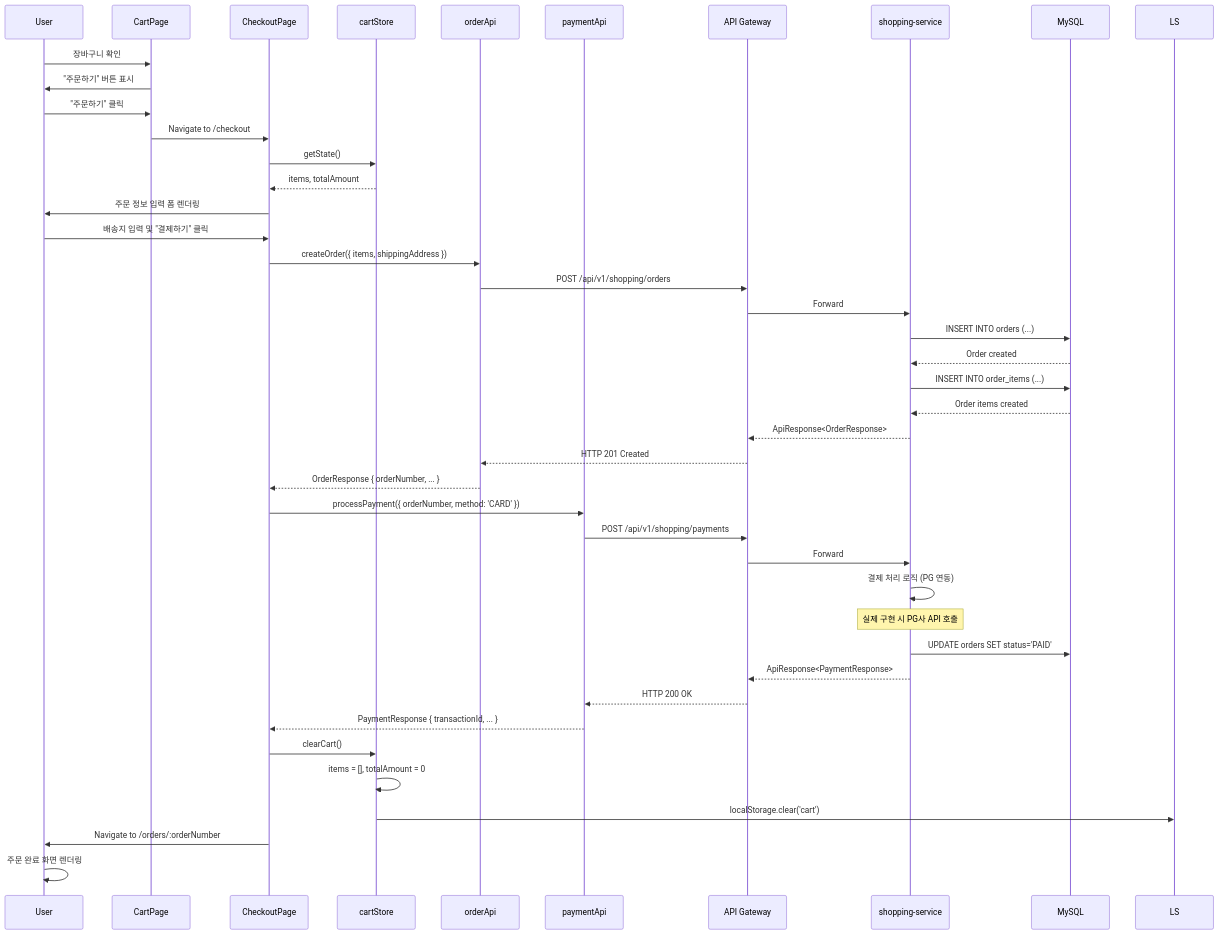
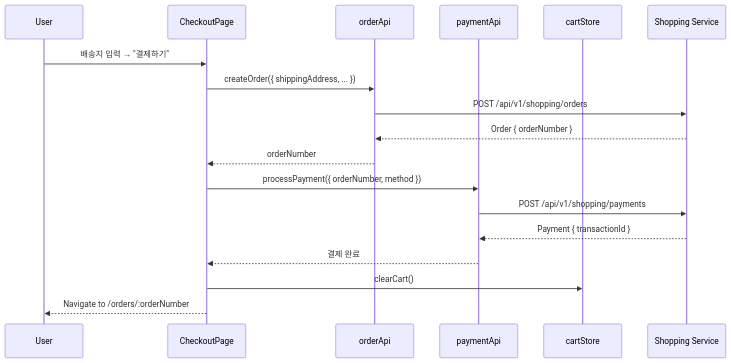
Before and after one commit to L-a-z-e/portal-universe: the fourth of 7 diagrams in docs/architecture/shopping-frontend/data-flow.md, drawn with Mermaid. The commit also changed other lines of this file and 4 other files, not shown here.

First line of the commit message:
docs(architecture): rewrite shopping-frontend docs to match actual codebase

````diff
--- a/docs/architecture/shopping-frontend/data-flow.md
+++ b/docs/architecture/shopping-frontend/data-flow.md
@@ -248,50 +285,23 @@
 ```mermaid
 sequenceDiagram
     participant U as User
-    participant CP as CartPage
-    participant CHP as CheckoutPage
-    participant CS as cartStore
+    participant CK as CheckoutPage
     participant OA as orderApi
     participant PA as paymentApi
-    participant G as API Gateway
-    participant S as shopping-service
-    participant D as MySQL
+    participant CS as cartStore
+    participant SS as Shopping Service
 
-    U->>CP: 장바구니 확인
-    CP->>U: "주문하기" 버튼 표시
-    U->>CP: "주문하기" 클릭
-    CP->>CHP: Navigate to /checkout
+    U->>CK: 배송지 입력 → "결제하기"
+    CK->>OA: createOrder({ shippingAddress, ... })
+    OA->>SS: POST /api/v1/shopping/orders
+    SS-->>OA: Order { orderNumber }
+    OA-->>CK: orderNumber
 
-    CHP->>CS: getState()
-    CS-->>CHP: items, totalAmount
-    CHP->>U: 주문 정보 입력 폼 렌더링
+    CK->>PA: processPayment({ orderNumber, method })
+    PA->>SS: POST /api/v1/shopping/payments
+    SS-->>PA: Payment { transactionId }
+    PA-->>CK: 결제 완료
 
-    U->>CHP: 배송지 입력 및 "결제하기" 클릭
-    CHP->>OA: createOrder({ items, shippingAddress })
-    OA->>G: POST /api/v1/shopping/orders
-    G->>S: Forward
-    S->>D: INSERT INTO orders (...)
-    D-->>S: Order created
-    S->>D: INSERT INTO order_items (...)
-    D-->>S: Order items created
-    S-->>G: ApiResponse<OrderResponse>
-    G-->>OA: HTTP 201 Created
-    OA-->>CHP: OrderResponse { orderNumber, ... }
-
-    CHP->>PA: processPayment({ orderNumber, method: 'CARD' })
-    PA->>G: POST /api/v1/shopping/payments
-    G->>S: Forward
-    S->>S: 결제 처리 로직 (PG 연동)
-    Note over S: 실제 구현 시 PG사 API 호출
-    S->>D: UPDATE orders SET status='PAID'
-    S-->>G: ApiResponse<PaymentResponse>
-    G-->>PA: HTTP 200 OK
-    PA-->>CHP: PaymentResponse { transactionId, ... }
-
-    CHP->>CS: clearCart()
-    CS->>CS: items = [], totalAmount = 0
-    CS->>LS: localStorage.clear('cart')
-
-    CHP->>U: Navigate to /orders/:orderNumber
-    U->>U: 주문 완료 화면 렌더링
+    CK->>CS: clearCart()
+    CK-->>U: Navigate to /orders/:orderNumber
 ```
````
